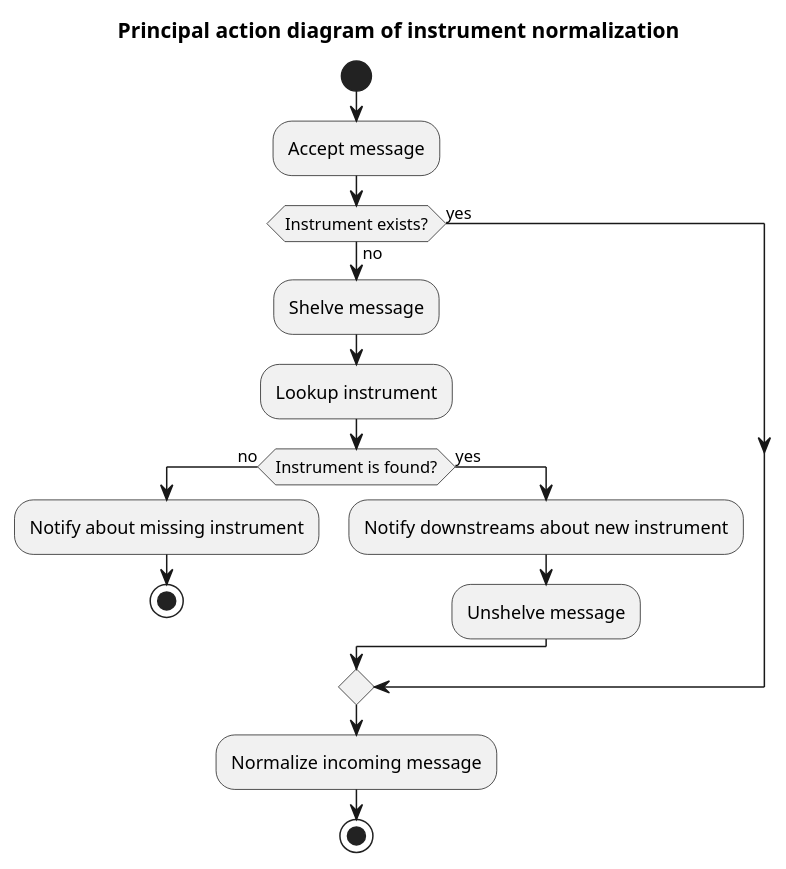
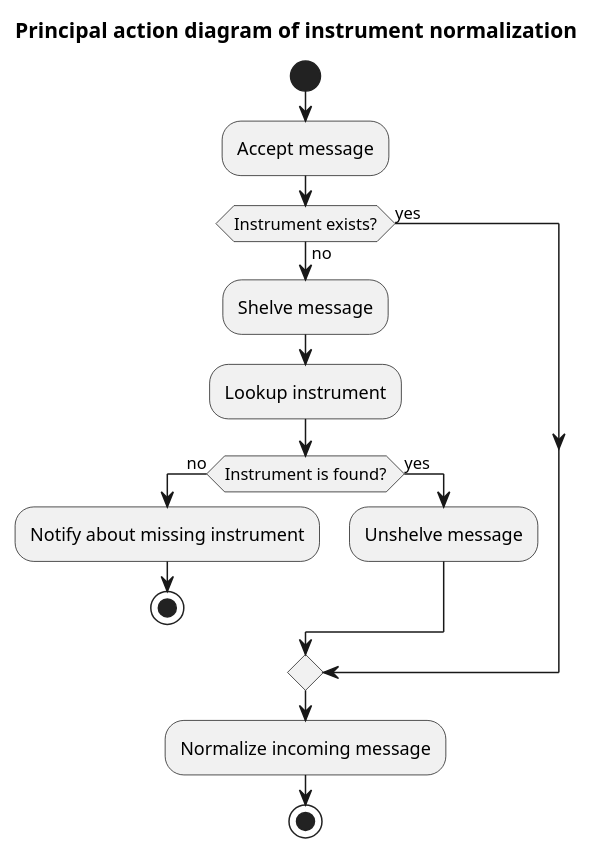
The diagram in docs/design/src/2 Design/2-1 Action diagram/context.puml (limitium/istrument-normalizer), drawn with PlantUML before and after one commit. The commit also changed 1 other file, not shown here.

```diff
--- a/docs/design/src/2 Design/2-1 Action diagram/context.puml
+++ b/docs/design/src/2 Design/2-1 Action diagram/context.puml
@@ -1,19 +1,18 @@
 @startuml
 title Principal action diagram of instrument normalization
 start
 :Accept message;
 if (Instrument exists?) then (no)
     :Shelve message;
     :Lookup instrument;
     if (Instrument is found?) then (no)
         :Notify about missing instrument;
         STOP
     else (yes)
-        :Notify downstreams about new instrument;
         :Unshelve message; 
     endif 
 else (yes)    
 endif
 :Normalize incoming message;
 STOP
 @enduml
```
